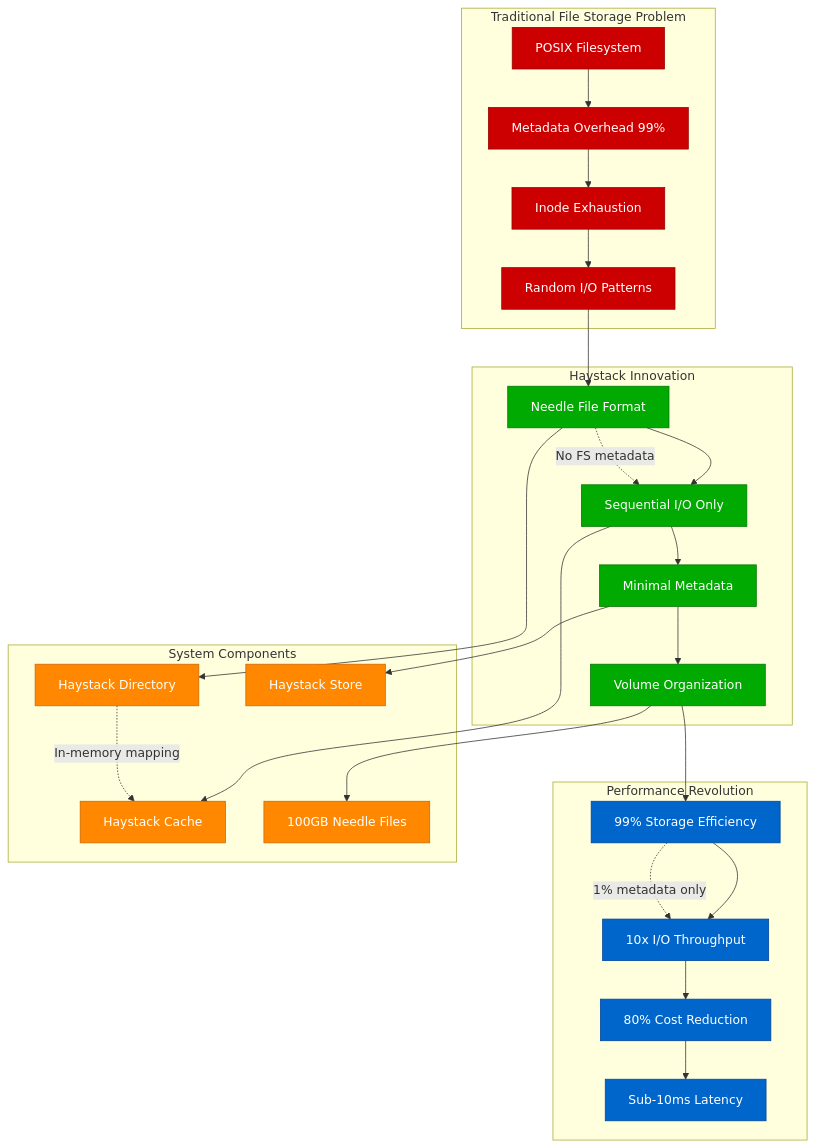
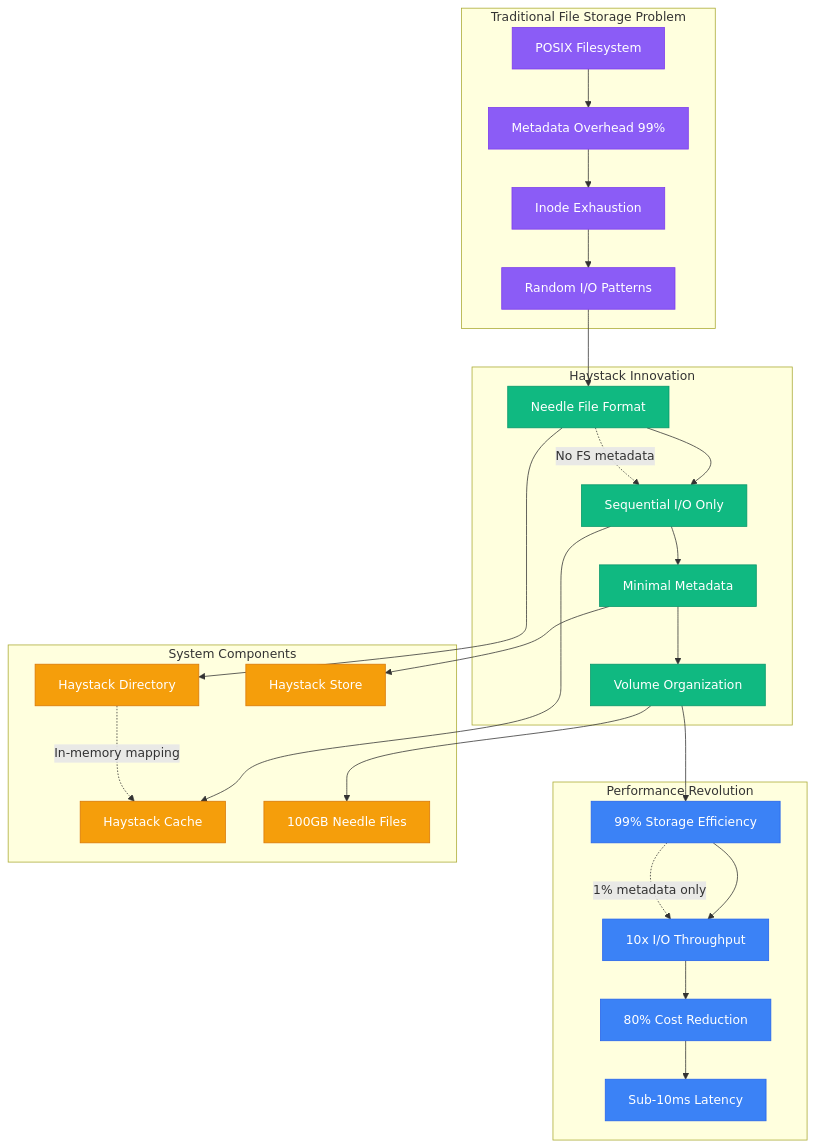
The second of 9 diagrams in site/docs/systems/meta/novel-solutions.md (deepaucksharma/DS), drawn with Mermaid before and after one commit. The commit also changed other lines of this file and 303 other files, not shown here.

````diff
--- a/site/docs/systems/meta/novel-solutions.md
+++ b/site/docs/systems/meta/novel-solutions.md
@@ -80,64 +80,64 @@
 ```mermaid
 graph TB
     subgraph TraditionalProblem[Traditional File Storage Problem]
         POSIX_FS[POSIX Filesystem]
         METADATA_OVERHEAD[Metadata Overhead 99%]
         INODE_EXHAUSTION[Inode Exhaustion]
         RANDOM_IO[Random I/O Patterns]
     end
 
     subgraph HaystackSolution[Haystack Innovation]
         NEEDLE_FORMAT[Needle File Format]
         SEQUENTIAL_IO[Sequential I/O Only]
         MINIMAL_METADATA[Minimal Metadata]
         VOLUME_ORGANIZATION[Volume Organization]
     end
 
     subgraph PerformanceGains[Performance Revolution]
         STORAGE_EFFICIENCY[99% Storage Efficiency]
         THROUGHPUT_10X[10x I/O Throughput]
         COST_REDUCTION_80[80% Cost Reduction]
         LATENCY_SUB10MS[Sub-10ms Latency]
     end
 
     subgraph HaystackComponents[System Components]
         DIRECTORY[Haystack Directory]
         CACHE[Haystack Cache]
         STORE[Haystack Store]
         NEEDLE_FILES[100GB Needle Files]
     end
 
     POSIX_FS --> METADATA_OVERHEAD
     METADATA_OVERHEAD --> INODE_EXHAUSTION
     INODE_EXHAUSTION --> RANDOM_IO
 
     RANDOM_IO --> NEEDLE_FORMAT
     NEEDLE_FORMAT --> SEQUENTIAL_IO
     SEQUENTIAL_IO --> MINIMAL_METADATA
     MINIMAL_METADATA --> VOLUME_ORGANIZATION
 
     VOLUME_ORGANIZATION --> STORAGE_EFFICIENCY
     STORAGE_EFFICIENCY --> THROUGHPUT_10X
     THROUGHPUT_10X --> COST_REDUCTION_80
     COST_REDUCTION_80 --> LATENCY_SUB10MS
 
     NEEDLE_FORMAT --> DIRECTORY
     SEQUENTIAL_IO --> CACHE
     MINIMAL_METADATA --> STORE
     VOLUME_ORGANIZATION --> NEEDLE_FILES
 
     %% Innovation metrics
     NEEDLE_FORMAT -.->|"No FS metadata"| SEQUENTIAL_IO
     STORAGE_EFFICIENCY -.->|"1% metadata only"| THROUGHPUT_10X
     DIRECTORY -.->|"In-memory mapping"| CACHE
 
-    classDef problemStyle fill:#CC0000,stroke:#990000,color:#fff
-    classDef solutionStyle fill:#00AA00,stroke:#007700,color:#fff
-    classDef gainStyle fill:#0066CC,stroke:#004499,color:#fff
-    classDef componentStyle fill:#FF8800,stroke:#CC6600,color:#fff
+    classDef problemStyle fill:#8B5CF6,stroke:#7C3AED,color:#fff
+    classDef solutionStyle fill:#10B981,stroke:#059669,color:#fff
+    classDef gainStyle fill:#3B82F6,stroke:#2563EB,color:#fff
+    classDef componentStyle fill:#F59E0B,stroke:#D97706,color:#fff
 
     class POSIX_FS,METADATA_OVERHEAD,INODE_EXHAUSTION,RANDOM_IO problemStyle
     class NEEDLE_FORMAT,SEQUENTIAL_IO,MINIMAL_METADATA,VOLUME_ORGANIZATION solutionStyle
     class STORAGE_EFFICIENCY,THROUGHPUT_10X,COST_REDUCTION_80,LATENCY_SUB10MS gainStyle
     class DIRECTORY,CACHE,STORE,NEEDLE_FILES componentStyle
 ```
````
